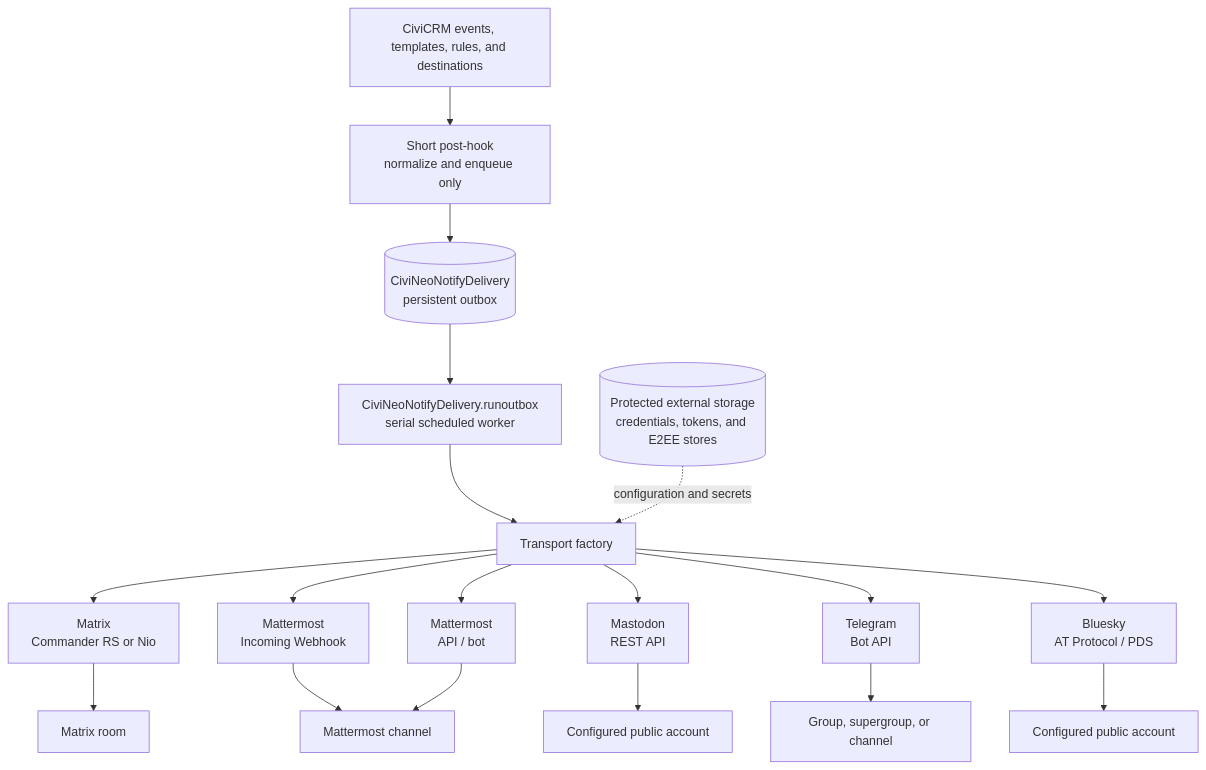
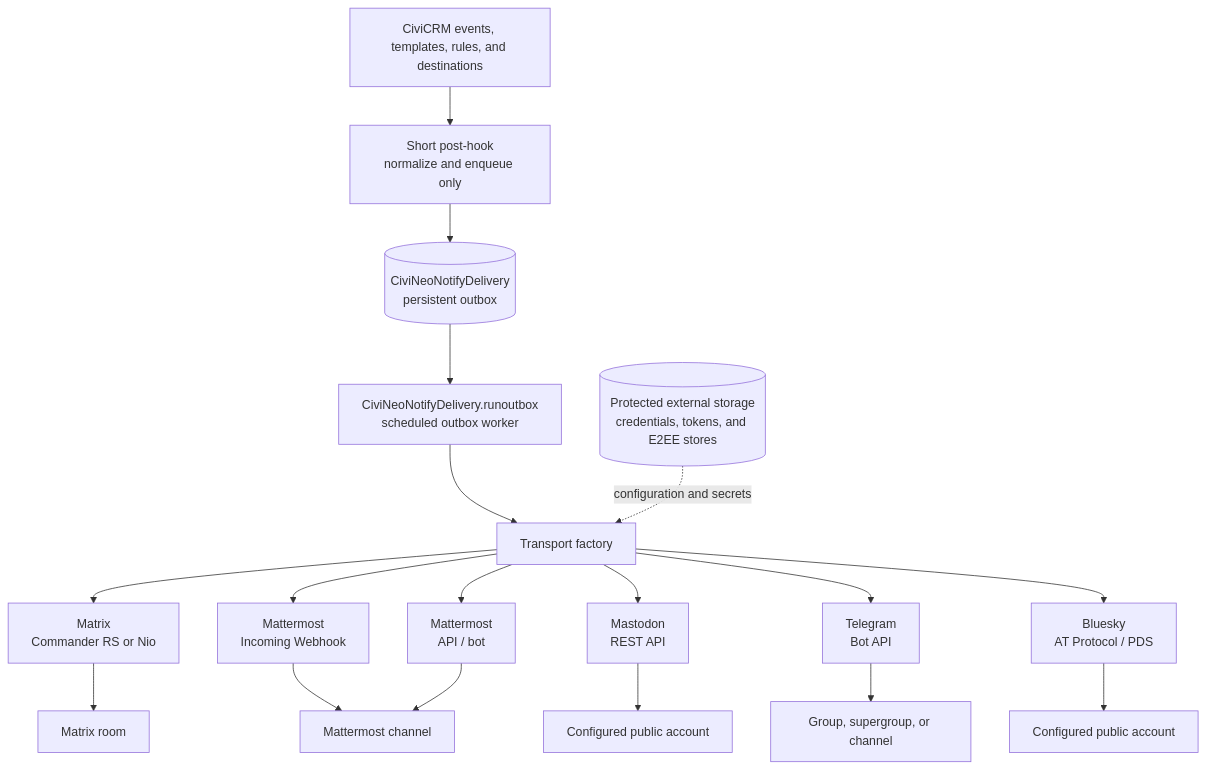
One commit to polbeo-de/civineonotify changed the diagram in docs/architecture.md. Above: the diagram before and after it, drawn with Mermaid. The commit also changed other lines of this file and 11 other files, not shown here.

````diff
--- a/docs/architecture.md
+++ b/docs/architecture.md
@@ -9,26 +9,26 @@
 ```mermaid
 flowchart TB
   Civi[CiviCRM events, templates, rules, and destinations]
   Hook[Short post-hook<br/>normalize and enqueue only]
   Outbox[(CiviNeoNotifyDelivery<br/>persistent outbox)]
-  Job[CiviNeoNotifyDelivery.runoutbox<br/>serial scheduled worker]
+  Job[CiviNeoNotifyDelivery.runoutbox<br/>scheduled outbox worker]
   Factory[Transport factory]
   Store[(Protected external storage<br/>credentials, tokens, and E2EE stores)]
 
   Civi --> Hook --> Outbox --> Job --> Factory
   Store -. configuration and secrets .-> Factory
 
   Factory --> Matrix[Matrix<br/>Commander RS or Nio]
   Factory --> MMWebhook[Mattermost<br/>Incoming Webhook]
   Factory --> MMApi[Mattermost<br/>API / bot]
   Factory --> Mastodon[Mastodon<br/>REST API]
   Factory --> Telegram[Telegram<br/>Bot API]
   Factory --> Bluesky[Bluesky<br/>AT Protocol / PDS]
 
   Matrix --> MatrixTarget[Matrix room]
   MMWebhook --> MMTarget[Mattermost channel]
   MMApi --> MMTarget
   Mastodon --> MastodonTarget[Configured public account]
   Telegram --> TelegramTarget[Group, supergroup, or channel]
   Bluesky --> BlueskyTarget[Configured public account]
 ```
````
